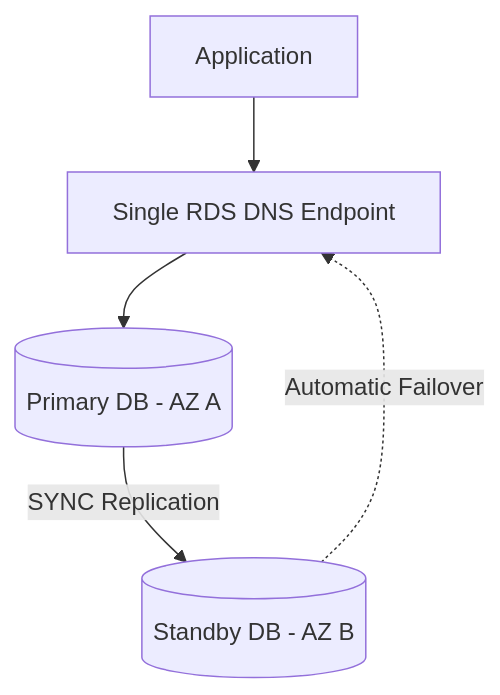
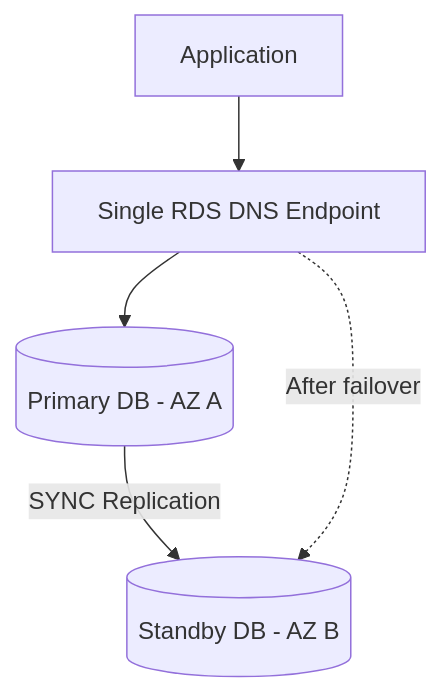
One commit to RafaS92/AWS-developer-associate-study changed the second of 6 diagrams in 06-RDSandAurora.md. Above: the diagram before and after it, drawn with Mermaid. The commit also changed other lines of this file, not shown here.

````diff
--- a/06-RDSandAurora.md
+++ b/06-RDSandAurora.md
@@ -182,12 +71,12 @@
 ```mermaid
 flowchart TD
     A[Application]
     D[Single RDS DNS Endpoint]
     P[(Primary DB - AZ A)]
     S[(Standby DB - AZ B)]
 
     A --> D
     D --> P
     P -->|SYNC Replication| S
-    S -.->|Automatic Failover| D
+    D -.->|After failover| S
 ```
````
